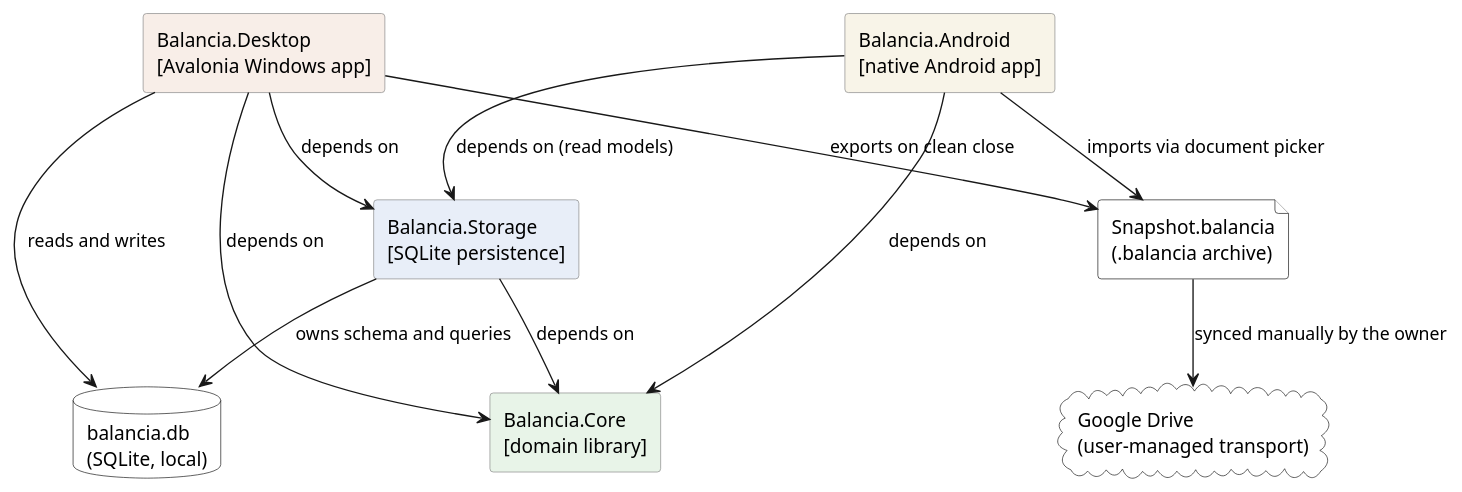
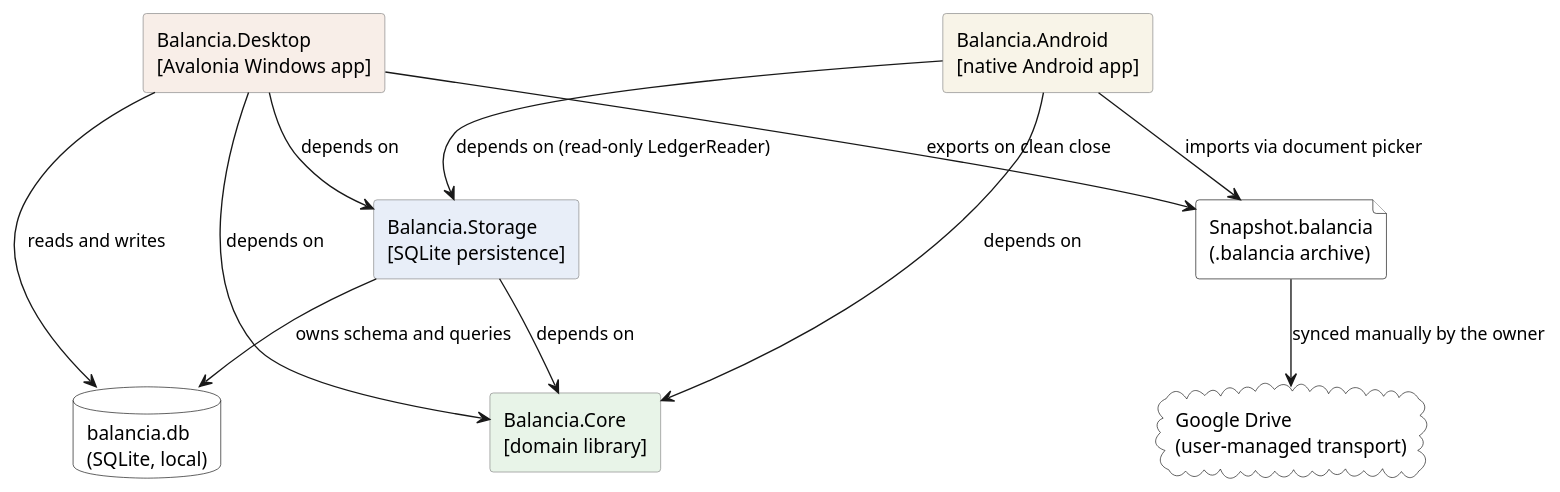
Before and after one commit to Tariatan/Balancia: the first of 5 diagrams in docs/Technical_Design_Description.md, drawn with PlantUML. The commit also changed other lines of this file and 88 other files, not shown here.

````diff
--- a/docs/Technical_Design_Description.md
+++ b/docs/Technical_Design_Description.md
@@ -118,29 +124,29 @@
 ```plantuml
 @startuml
 skinparam rectangle {
   BackgroundColor #DDDDDD
   BorderColor #888888
 }
 
 rectangle "Balancia.Core\n[domain library]" as Core #E8F4E8
 rectangle "Balancia.Storage\n[SQLite persistence]" as Storage #E8EEF8
 rectangle "Balancia.Desktop\n[Avalonia Windows app]" as Desktop #F8EEE8
 rectangle "Balancia.Android\n[native Android app]" as Android #F8F4E8
 
 database "balancia.db\n(SQLite, local)" as Db #FFFFFF
 file "Snapshot.balancia\n(.balancia archive)" as Snap #FFFFFF
 cloud "Google Drive\n(user-managed transport)" as Drive #FFFFFF
 
 Storage --> Core : depends on
 Desktop --> Core : depends on
 Desktop --> Storage : depends on
 Android --> Core : depends on
-Android --> Storage : depends on (read models)
+Android --> Storage : depends on (read-only LedgerReader)
 
 Desktop --> Db : reads and writes
 Storage --> Db : owns schema and queries
 Desktop --> Snap : exports on clean close
 Android --> Snap : imports via document picker
 Snap --> Drive : synced manually by the owner
 @enduml
 ```
````
